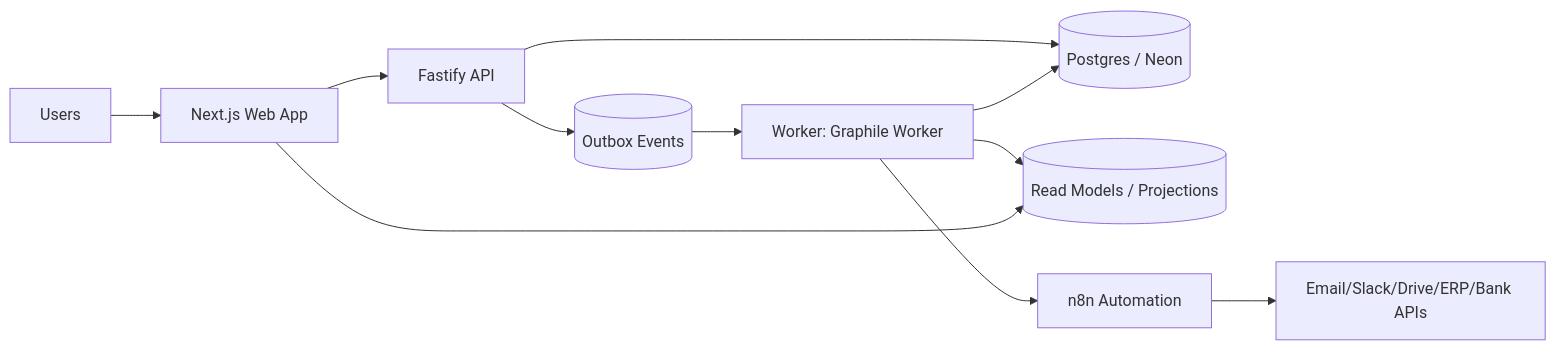
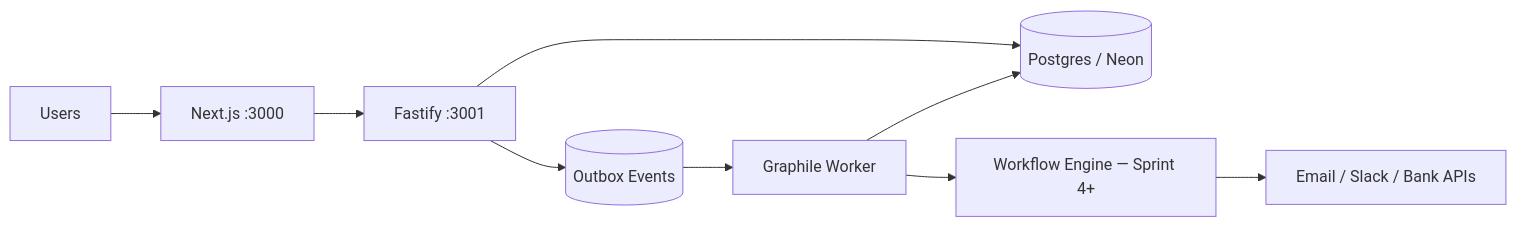
One commit to pohlai88/AFENDA changed the diagram in PROJECT.md. Above: the diagram before and after it, drawn with Mermaid. The commit also changed other lines of this file and 183 other files, not shown here.

````diff
--- a/PROJECT.md
+++ b/PROJECT.md
@@ -232,13 +310,11 @@
 ```mermaid
 flowchart LR
-  U[Users] --> WEB[Next.js Web App]
-  WEB --> API[Fastify API]
+  U[Users] --> WEB[Next.js :3000]
+  WEB --> API[Fastify :3001]
   API --> DB[(Postgres / Neon)]
   API --> OUTBOX[(Outbox Events)]
-  OUTBOX --> WORKER[Worker: Graphile Worker]
+  OUTBOX --> WORKER[Graphile Worker]
   WORKER --> DB
-  WORKER --> PROJ[(Read Models / Projections)]
-  WORKER --> N8N[n8n Automation]
-  N8N --> EXT[Email/Slack/Drive/ERP/Bank APIs]
-  WEB --> PROJ
+  WORKER --> WF[Workflow Engine — Sprint 4+]
+  WF --> EXT[Email / Slack / Bank APIs]
 ```
````
